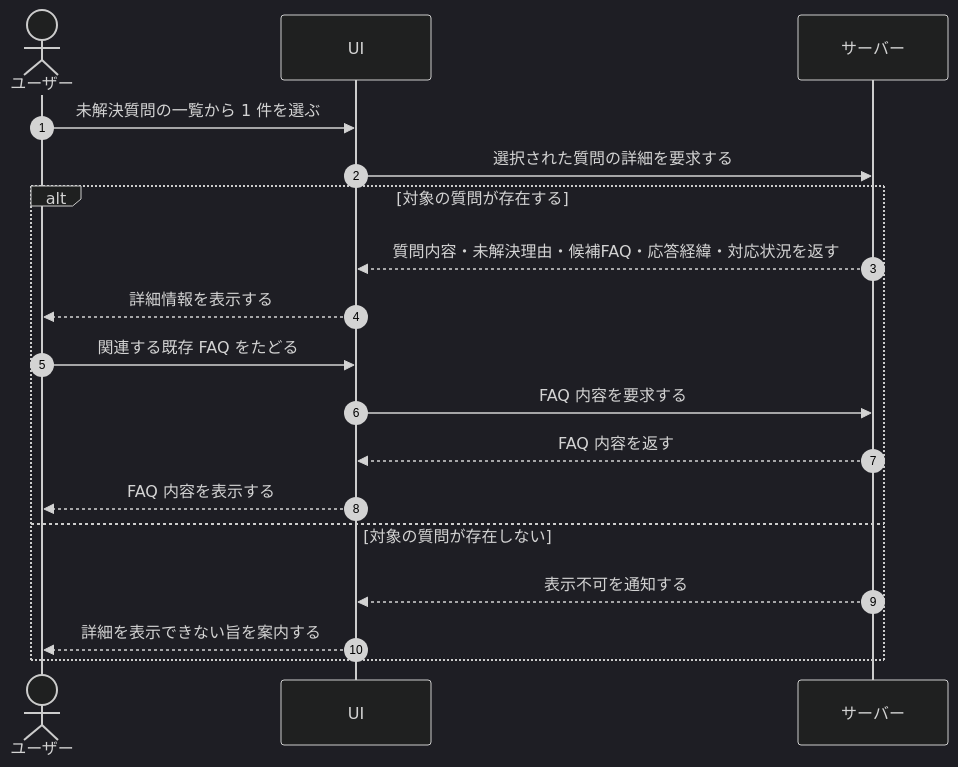
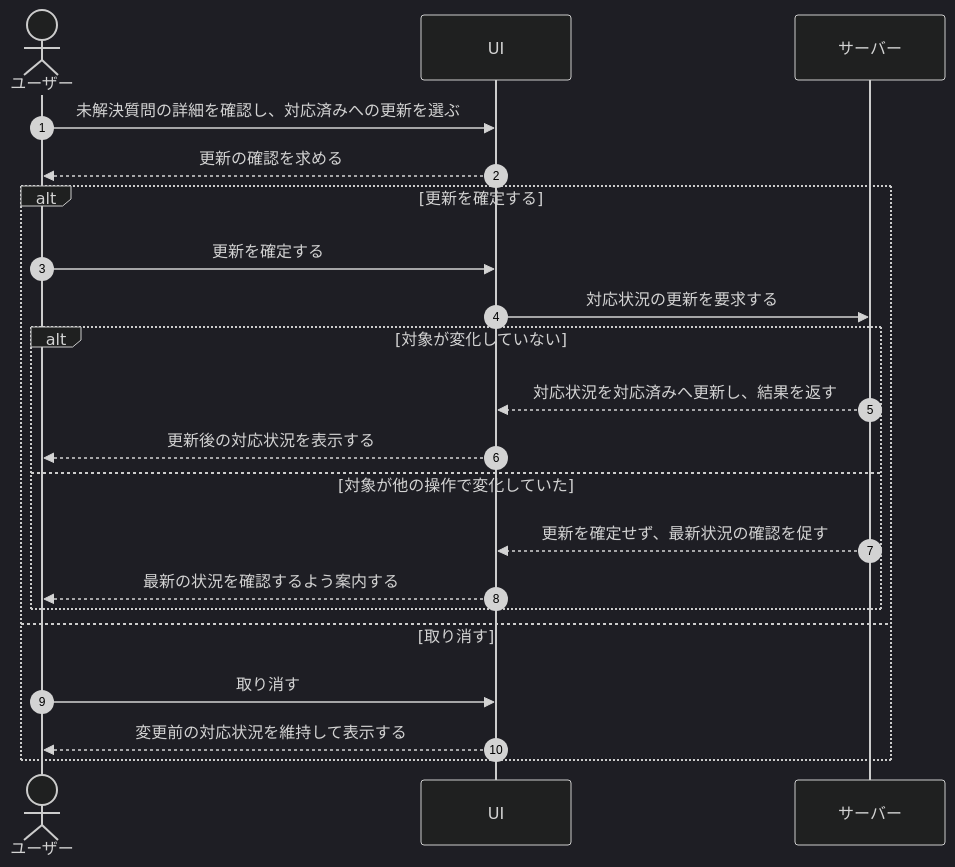
One commit to sikakou54/open-faq changed the diagram in 01_requirements/04_business_usecases/UC-031.md. Above: the diagram before and after it, drawn with Mermaid (dark theme). The commit also changed other lines of this file and 395 other files, not shown here.

````diff
--- a/01_requirements/04_business_usecases/UC-031.md
+++ b/01_requirements/04_business_usecases/UC-031.md
@@ -26,21 +26,24 @@
 ```mermaid
 sequenceDiagram
   autonumber
   actor U as ユーザー
   participant UI as UI
   participant S as サーバー
 
-  U->>UI: 未解決質問の一覧から 1 件を選ぶ
-  UI->>S: 選択された質問の詳細を要求する
-  alt 対象の質問が存在する
-    S-->>UI: 質問内容・未解決理由・候補FAQ・応答経緯・対応状況を返す
-    UI-->>U: 詳細情報を表示する
-    U->>UI: 関連する既存 FAQ をたどる
-    UI->>S: FAQ 内容を要求する
-    S-->>UI: FAQ 内容を返す
-    UI-->>U: FAQ 内容を表示する
-  else 対象の質問が存在しない
-    S-->>UI: 表示不可を通知する
-    UI-->>U: 詳細を表示できない旨を案内する
+  U->>UI: 未解決質問の詳細を確認し、対応済みへの更新を選ぶ
+  UI-->>U: 更新の確認を求める
+  alt 更新を確定する
+    U->>UI: 更新を確定する
+    UI->>S: 対応状況の更新を要求する
+    alt 対象が変化していない
+      S-->>UI: 対応状況を対応済みへ更新し、結果を返す
+      UI-->>U: 更新後の対応状況を表示する
+    else 対象が他の操作で変化していた
+      S-->>UI: 更新を確定せず、最新状況の確認を促す
+      UI-->>U: 最新の状況を確認するよう案内する
+    end
+  else 取り消す
+    U->>UI: 取り消す
+    UI-->>U: 変更前の対応状況を維持して表示する
   end
 ```
````
